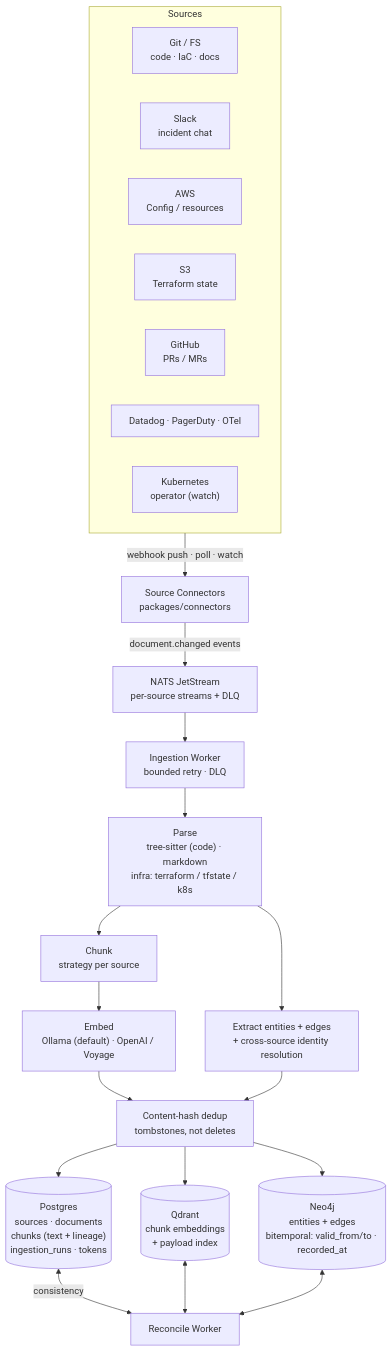
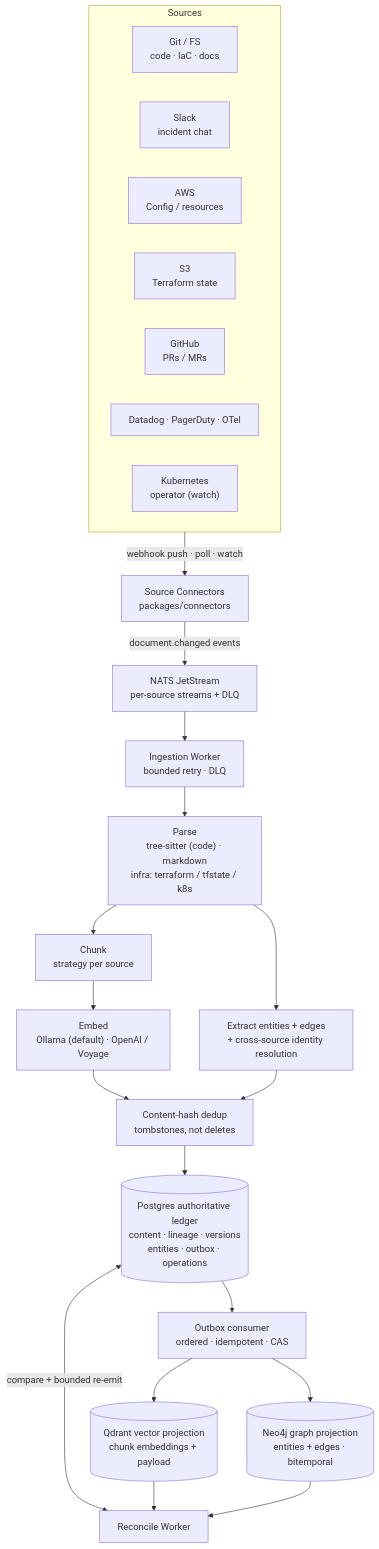
The first of 2 diagrams in README.md (100rd/Omniscience), drawn with Mermaid before and after one commit. The commit also changed other lines of this file and 20 other files, not shown here.

````diff
--- a/README.md
+++ b/README.md
@@ -45,27 +45,28 @@
 ```mermaid
 flowchart TB
     subgraph SRC["Sources"]
         S1["Git / FS<br/>code · IaC · docs"]
         S2["Slack<br/>incident chat"]
         S3["AWS<br/>Config / resources"]
         S4["S3<br/>Terraform state"]
         S5["GitHub<br/>PRs / MRs"]
         S6["Datadog · PagerDuty · OTel"]
         S7["Kubernetes<br/>operator (watch)"]
     end
     SRC -->|"webhook push · poll · watch"| CONN["Source Connectors<br/>packages/connectors"]
     CONN -->|"document.changed events"| NATS["NATS JetStream<br/>per-source streams + DLQ"]
     NATS --> WK["Ingestion Worker<br/>bounded retry · DLQ"]
     WK --> P["Parse<br/>tree-sitter (code) · markdown<br/>infra: terraform / tfstate / k8s"]
     P --> C["Chunk<br/>strategy per source"]
     C --> E["Embed<br/>Ollama (default) · OpenAI / Voyage"]
     P --> G["Extract entities + edges<br/>+ cross-source identity resolution"]
     E --> DEDUP["Content-hash dedup<br/>tombstones, not deletes"]
     G --> DEDUP
-    DEDUP --> PG[("Postgres<br/>sources · documents<br/>chunks (text + lineage)<br/>ingestion_runs · tokens")]
-    DEDUP --> QD[("Qdrant<br/>chunk embeddings<br/>+ payload index")]
-    DEDUP --> NEO[("Neo4j<br/>entities + edges<br/>bitemporal: valid_from/to · recorded_at")]
-    PG <-->|"consistency"| RC["Reconcile Worker"]
-    QD <--> RC
-    NEO <--> RC
+    DEDUP --> PG[("Postgres authoritative ledger<br/>content · lineage · versions<br/>entities · outbox · operations")]
+    PG --> OB["Outbox consumer<br/>ordered · idempotent · CAS"]
+    OB --> QD[("Qdrant vector projection<br/>chunk embeddings + payload")]
+    OB --> NEO[("Neo4j graph projection<br/>entities + edges · bitemporal")]
+    PG <-->|"compare + bounded re-emit"| RC["Reconcile Worker"]
+    QD --> RC
+    NEO --> RC
 ```
````
